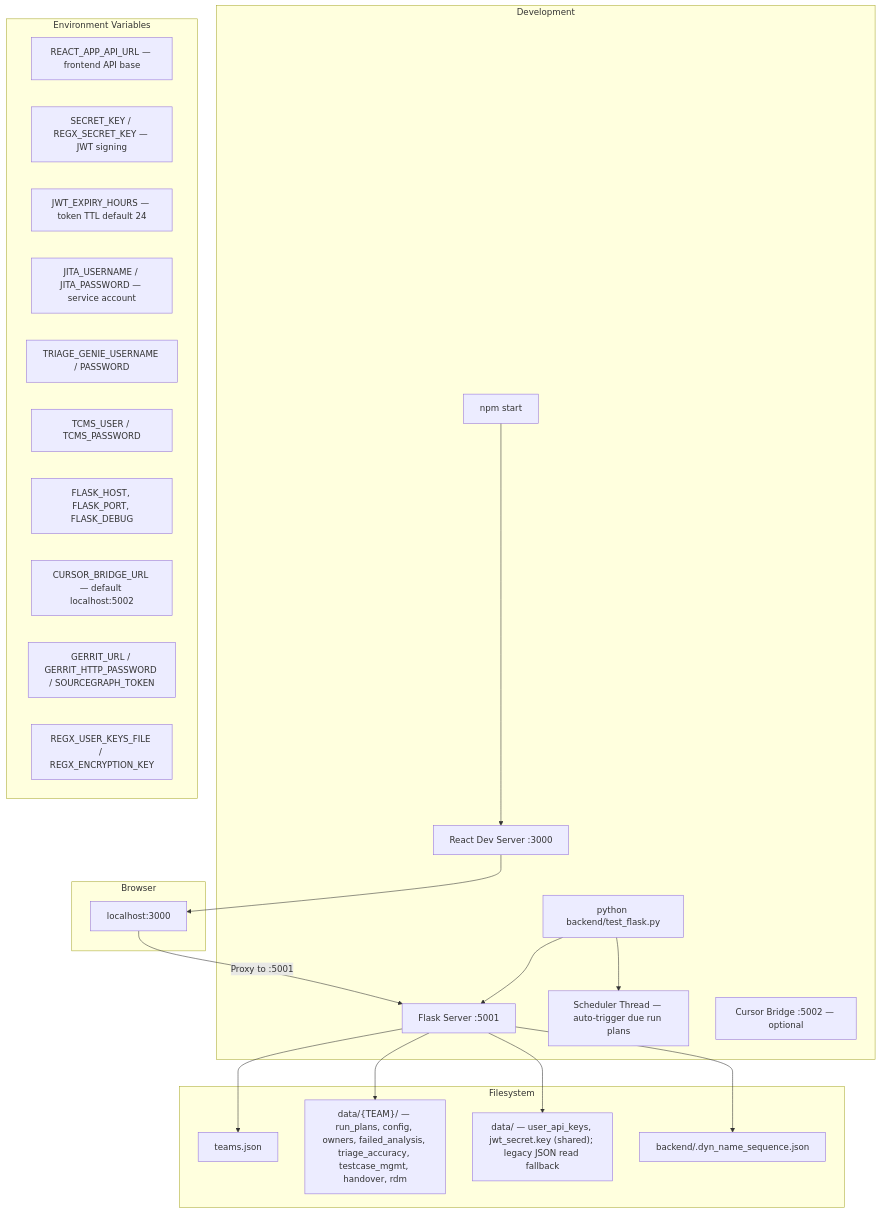
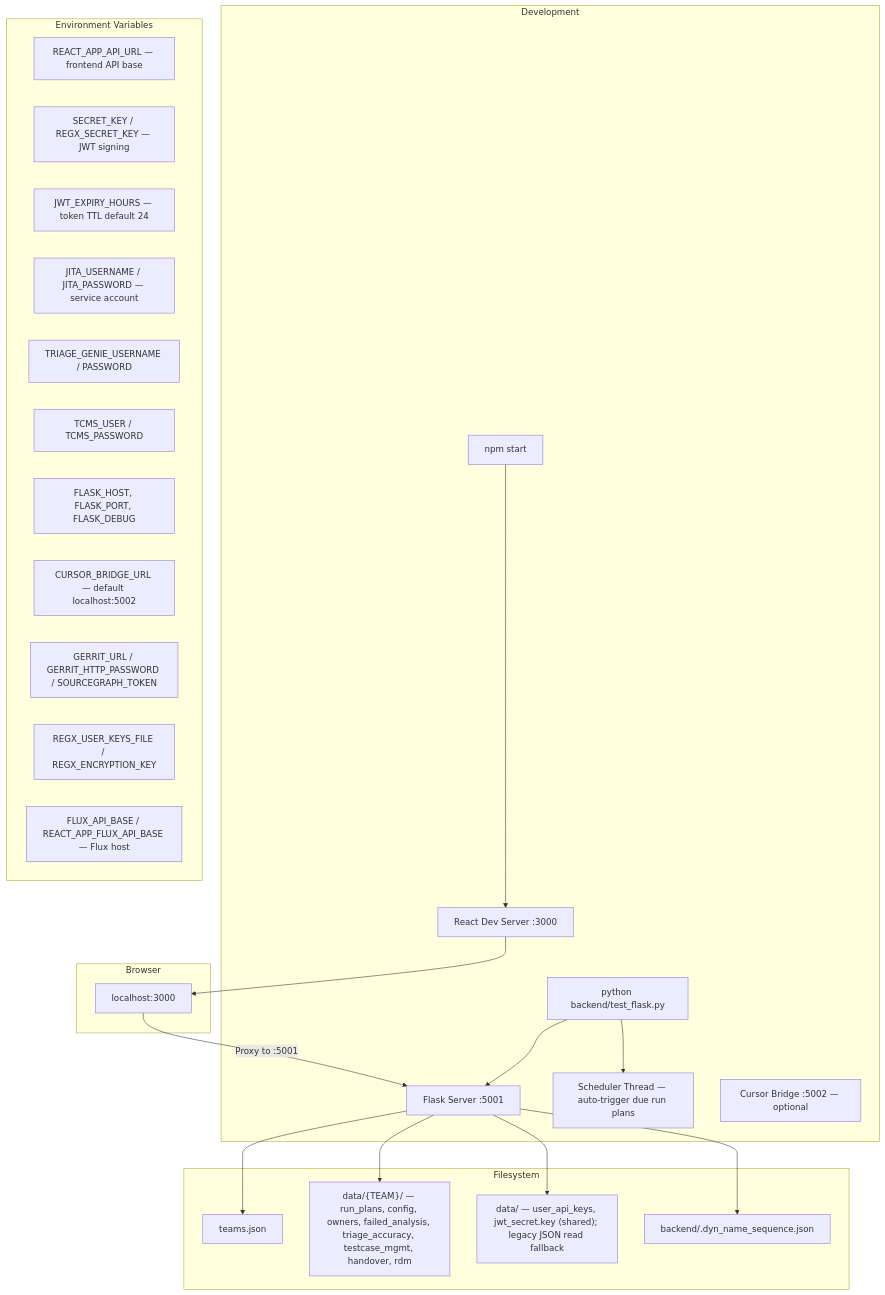
The sixth of 7 diagrams in PROJECT_DOCUMENTATION_AND_ARCHITECTURE.md (sudharshan332/RegX-AI), drawn with Mermaid before and after one commit. The commit also changed 4 other files, not shown here.

First line of the commit message:
Update Flux default host to 10.114.27.227

````diff
--- a/PROJECT_DOCUMENTATION_AND_ARCHITECTURE.md
+++ b/PROJECT_DOCUMENTATION_AND_ARCHITECTURE.md
@@ -392,36 +392,37 @@
 ```mermaid
 graph TB
     subgraph "Development"
         NPM[npm start]
         PY[python backend/test_flask.py]
         NPM --> REACT[React Dev Server :3000]
         PY --> FLASK[Flask Server :5001]
         PY --> SCHEDULER[Scheduler Thread — auto-trigger due run plans]
         BRIDGE[Cursor Bridge :5002 — optional]
     end
 
     subgraph "Browser"
         REACT --> BROWSER[localhost:3000]
         BROWSER -->|Proxy to :5001| FLASK
     end
 
     subgraph "Environment Variables"
         ENV1[REACT_APP_API_URL — frontend API base]
         ENV2[SECRET_KEY / REGX_SECRET_KEY — JWT signing]
         ENV3[JWT_EXPIRY_HOURS — token TTL default 24]
         ENV4[JITA_USERNAME / JITA_PASSWORD — service account]
         ENV5[TRIAGE_GENIE_USERNAME / PASSWORD]
         ENV6[TCMS_USER / TCMS_PASSWORD]
         ENV7[FLASK_HOST, FLASK_PORT, FLASK_DEBUG]
         ENV8[CURSOR_BRIDGE_URL — default localhost:5002]
         ENV9[GERRIT_URL / GERRIT_HTTP_PASSWORD / SOURCEGRAPH_TOKEN]
         ENV10[REGX_USER_KEYS_FILE / REGX_ENCRYPTION_KEY]
+        ENV11[FLUX_API_BASE / REACT_APP_FLUX_API_BASE — Flux host]
     end
 
     subgraph "Filesystem"
         FLASK --> teams_json[teams.json]
         FLASK --> team_dir["data/{TEAM}/ — run_plans, config, owners, failed_analysis, triage_accuracy, testcase_mgmt, handover, rdm"]
         FLASK --> data_dir["data/ — user_api_keys, jwt_secret.key (shared); legacy JSON read fallback"]
         FLASK --> dyn_seq["backend/.dyn_name_sequence.json"]
     end
 ```
````
